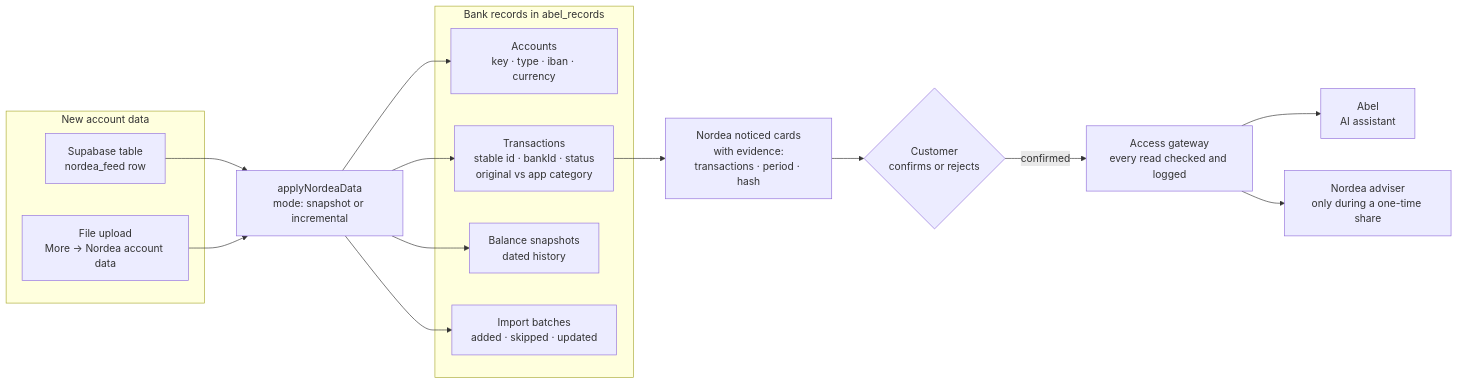
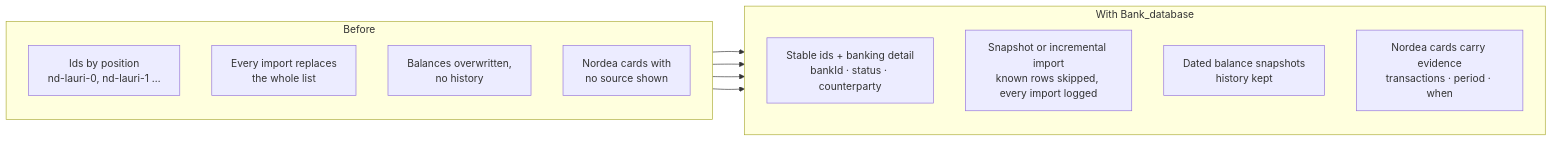
One commit to coolkowkank/Nordea-x-Aalto-Banking- changed the diagram in README.md. Above: the diagram before and after it, drawn with Mermaid. The commit also changed other lines of this file, not shown here.

Commit message:
README: make the diagram a before/after of this branch's change

````diff
--- a/README.md
+++ b/README.md
@@ -5,28 +5,21 @@
 ```mermaid
 flowchart LR
-  subgraph IN["New account data"]
-    feed["Supabase table<br/>nordea_feed row"]
-    file["File upload<br/>More → Nordea account data"]
+  subgraph B["Before"]
+    direction TB
+    b1["Ids by position<br/>nd-lauri-0, nd-lauri-1 …"]
+    b2["Every import replaces<br/>the whole list"]
+    b3["Balances overwritten,<br/>no history"]
+    b4["Nordea cards with<br/>no source shown"]
   end
-  apply["applyNordeaData<br/>mode: snapshot or incremental"]
-  subgraph REC["Bank records in abel_records"]
-    acc["Accounts<br/>key · type · iban · currency"]
-    tx["Transactions<br/>stable id · bankId · status<br/>original vs app category"]
-    bal["Balance snapshots<br/>dated history"]
-    batch["Import batches<br/>added · skipped · updated"]
+  subgraph A["With Bank_database"]
+    direction TB
+    a1["Stable ids + banking detail<br/>bankId · status · counterparty"]
+    a2["Snapshot or incremental import<br/>known rows skipped, every import logged"]
+    a3["Dated balance snapshots<br/>history kept"]
+    a4["Nordea cards carry evidence<br/>transactions · period · when"]
   end
-  obs["Nordea noticed cards<br/>with evidence:<br/>transactions · period · hash"]
-  cust{"Customer<br/>confirms or rejects"}
-  gate["Access gateway<br/>every read checked and logged"]
-  abel["Abel<br/>AI assistant"]
-  adv["Nordea adviser<br/>only during a one-time share"]
-
-  feed --> apply
-  file --> apply
-  apply --> acc & tx & bal & batch
-  tx --> obs
-  obs --> cust
-  cust -->|confirmed| gate
-  gate --> abel
-  gate --> adv
+  b1 --> a1
+  b2 --> a2
+  b3 --> a3
+  b4 --> a4
 ```
````
